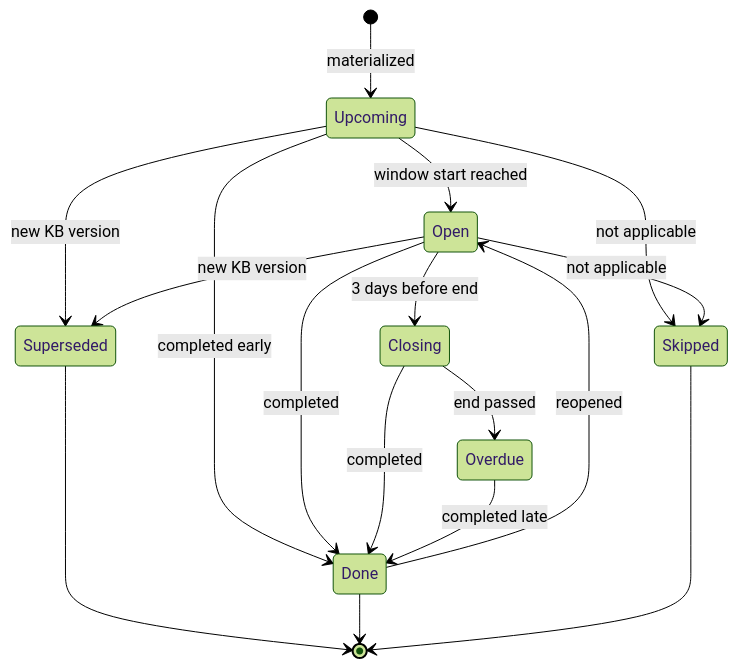
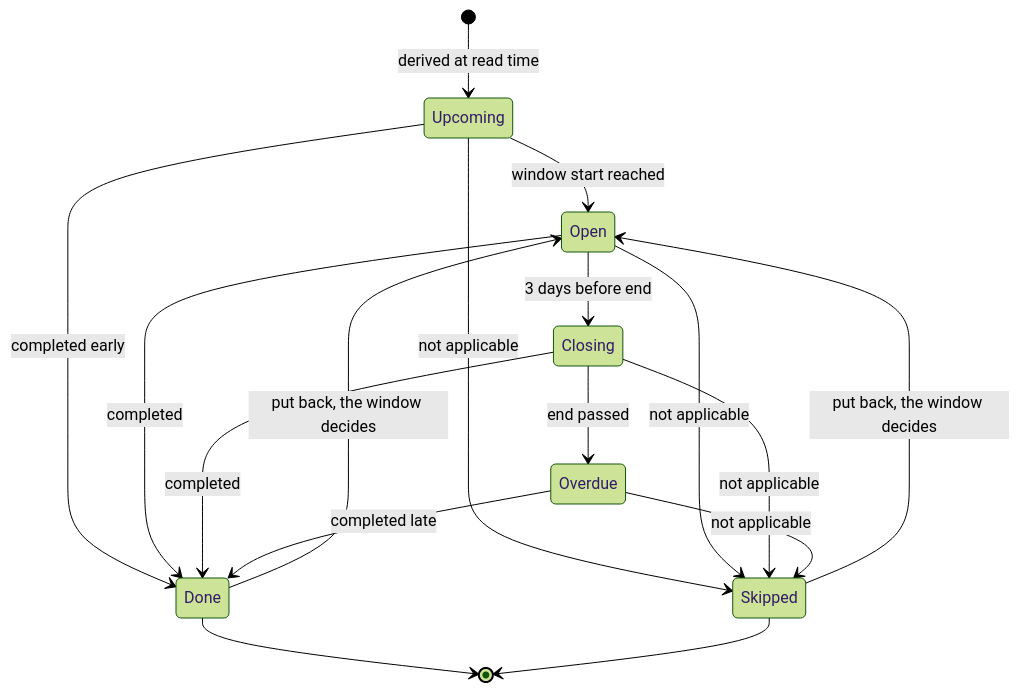
One commit to DorFerenc/Kenn changed the diagram in docs/diagrams/task-lifecycle.mmd. Above: the diagram before and after it, drawn with Mermaid (forest theme). The commit also changed 8 other files, not shown here.

```diff
--- a/docs/diagrams/task-lifecycle.mmd
+++ b/docs/diagrams/task-lifecycle.mmd
@@ -1,17 +1,17 @@
 stateDiagram-v2
-  [*] --> Upcoming : materialized
+  [*] --> Upcoming : derived at read time
   Upcoming --> Open : window start reached
   Open --> Closing : 3 days before end
   Closing --> Overdue : end passed
   Upcoming --> Done : completed early
   Open --> Done : completed
   Closing --> Done : completed
   Overdue --> Done : completed late
-  Done --> Open : reopened
   Upcoming --> Skipped : not applicable
   Open --> Skipped : not applicable
-  Upcoming --> Superseded : new KB version
-  Open --> Superseded : new KB version
-  Superseded --> [*]
+  Closing --> Skipped : not applicable
+  Overdue --> Skipped : not applicable
+  Done --> Open : put back, the window decides
+  Skipped --> Open : put back, the window decides
   Done --> [*]
   Skipped --> [*]
```
